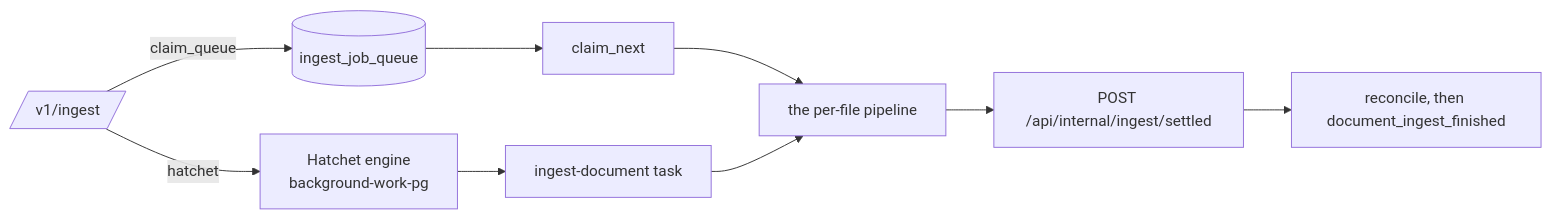
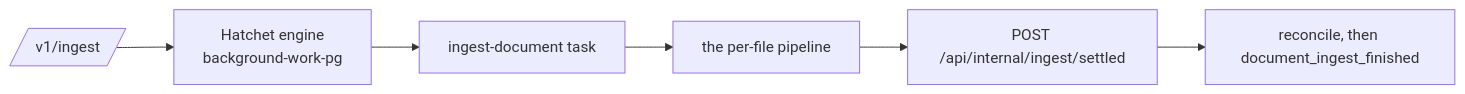
One commit to archos-at/archos changed the seventh of 7 diagrams in docs/architecture/ingestion-pipeline.md. Above: the diagram before and after it, drawn with Mermaid. The commit also changed other lines of this file and 19 other files, not shown here.

First line of the commit message:
docs: describe background work on Hatchet, add key and backup runbooks

````diff
--- a/docs/architecture/ingestion-pipeline.md
+++ b/docs/architecture/ingestion-pipeline.md
@@ -360,7 +365,6 @@
 ```mermaid
 flowchart LR
-  IN[/v1/ingest/] -->|claim_queue| Q[(ingest_job_queue)] --> CL[claim_next] --> PL[the per-file pipeline]
-  IN -->|hatchet| H[Hatchet engine<br/>background-work-pg] --> HW[ingest-document task] --> PL
+  IN[/v1/ingest/] --> H[Hatchet engine<br/>background-work-pg] --> HW[ingest-document task] --> PL[the per-file pipeline]
   PL --> ST[POST /api/internal/ingest/settled]
   ST --> RC[reconcile, then document_ingest_finished]
 ```
````
